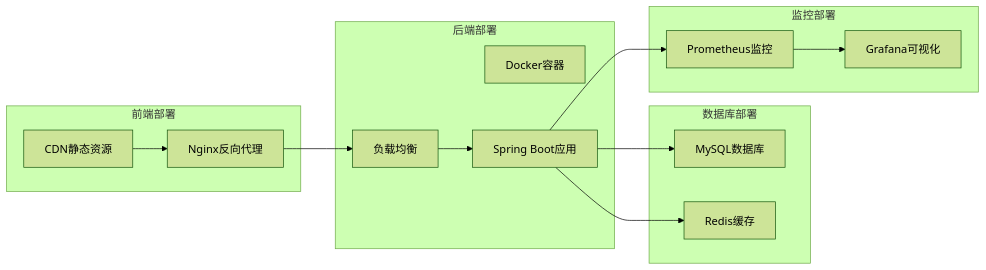
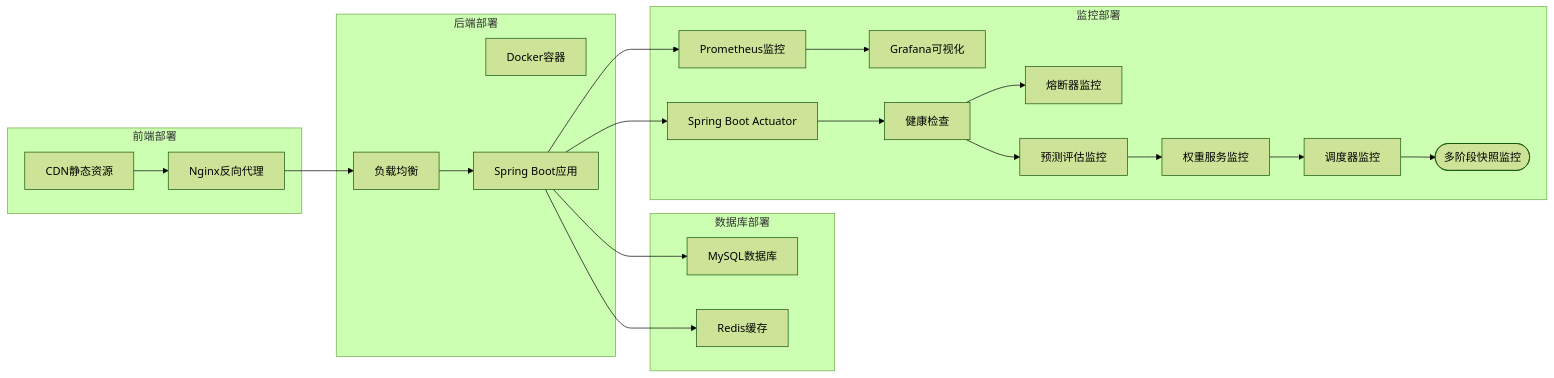
Before and after one commit to gree-coder/fund-butler: diagram 21 of 21 in .qoder/repowiki/zh/content/核心功能开发/多源基金估值系统.md, drawn with Mermaid (forest theme). The commit also changed other lines of this file and 23 other files, not shown here.

````diff
--- a/.qoder/repowiki/zh/content/核心功能开发/多源基金估值系统.md
+++ b/.qoder/repowiki/zh/content/核心功能开发/多源基金估值系统.md
@@ -937,27 +1190,41 @@
 ```mermaid
 graph LR
 subgraph "前端部署"
 CDN[CDN静态资源]
 Nginx[Nginx反向代理]
 end
 subgraph "后端部署"
 Docker[Docker容器]
 LoadBalancer[负载均衡]
 SpringBoot[Spring Boot应用]
 end
 subgraph "数据库部署"
 MySQL[MySQL数据库]
 Redis[Redis缓存]
 end
 subgraph "监控部署"
 Prometheus[Prometheus监控]
 Grafana[Grafana可视化]
+Actuator[Spring Boot Actuator]
+HealthCheck[健康检查]
+CircuitBreaker[熔断器监控]
+EstimatePrediction[预测评估监控]
+WeightService[权重服务监控]
+Scheduler[调度器监控]
+End([多阶段快照监控])
 end
 CDN --> Nginx
 Nginx --> LoadBalancer
 LoadBalancer --> SpringBoot
 SpringBoot --> MySQL
 SpringBoot --> Redis
 SpringBoot --> Prometheus
 Prometheus --> Grafana
+SpringBoot --> Actuator
+Actuator --> HealthCheck
+HealthCheck --> CircuitBreaker
+HealthCheck --> EstimatePrediction
+EstimatePrediction --> WeightService
+WeightService --> Scheduler
+Scheduler --> End
 ```
````
